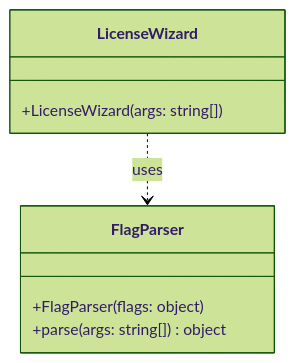
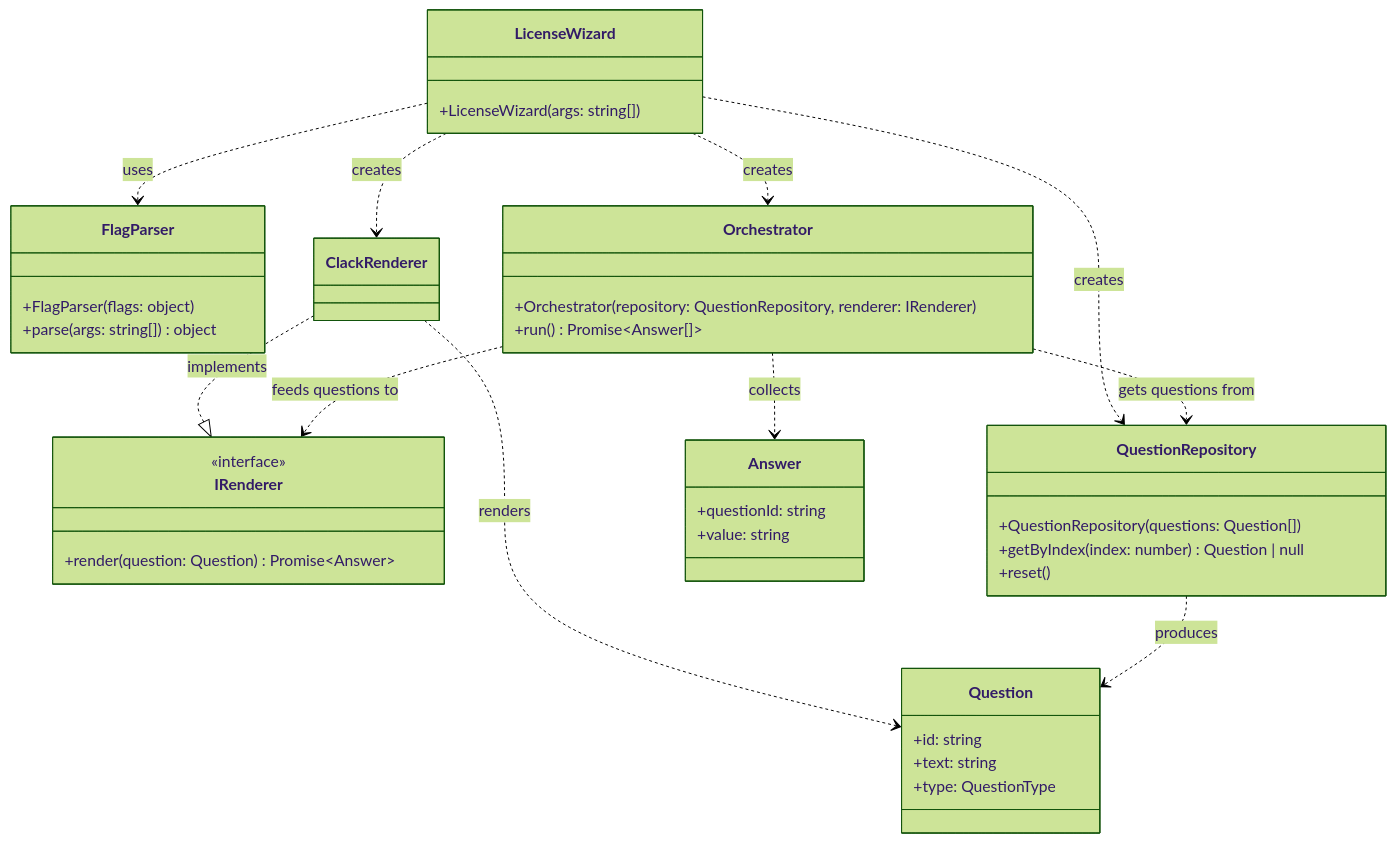
Before and after one commit to erdembircan/license-wizard: the diagram in docs/contracts/class-diagram.mmd, drawn with Mermaid (forest theme).

Commit message:
[DOCS]: add orchestrator, renderer, and question architecture to class diagram [skip ci]

```diff
--- a/docs/contracts/class-diagram.mmd
+++ b/docs/contracts/class-diagram.mmd
@@ -1,11 +1,51 @@
 classDiagram
   class LicenseWizard {
     +LicenseWizard(args: string[])
   }
 
   class FlagParser {
     +FlagParser(flags: object)
     +parse(args: string[]) object
   }
 
+  class Orchestrator {
+    +Orchestrator(repository: QuestionRepository, renderer: IRenderer)
+    +run() Promise~Answer[]~
+  }
+
+  class IRenderer {
+    <<interface>>
+    +render(question: Question) Promise~Answer~
+  }
+
+  class ClackRenderer {
+  }
+
+  ClackRenderer ..|> IRenderer : implements
+
+  class QuestionRepository {
+    +QuestionRepository(questions: Question[])
+    +getByIndex(index: number) Question | null
+    +reset()
+  }
+
+  class Question {
+    +id: string
+    +text: string
+    +type: QuestionType
+  }
+
+  class Answer {
+    +questionId: string
+    +value: string
+  }
+
   LicenseWizard ..> FlagParser : uses
+  LicenseWizard ..> QuestionRepository : creates
+  LicenseWizard ..> ClackRenderer : creates
+  LicenseWizard ..> Orchestrator : creates
+  Orchestrator ..> QuestionRepository : gets questions from
+  Orchestrator ..> IRenderer : feeds questions to
+  ClackRenderer ..> Question : renders
+  QuestionRepository ..> Question : produces
+  Orchestrator ..> Answer : collects
```
